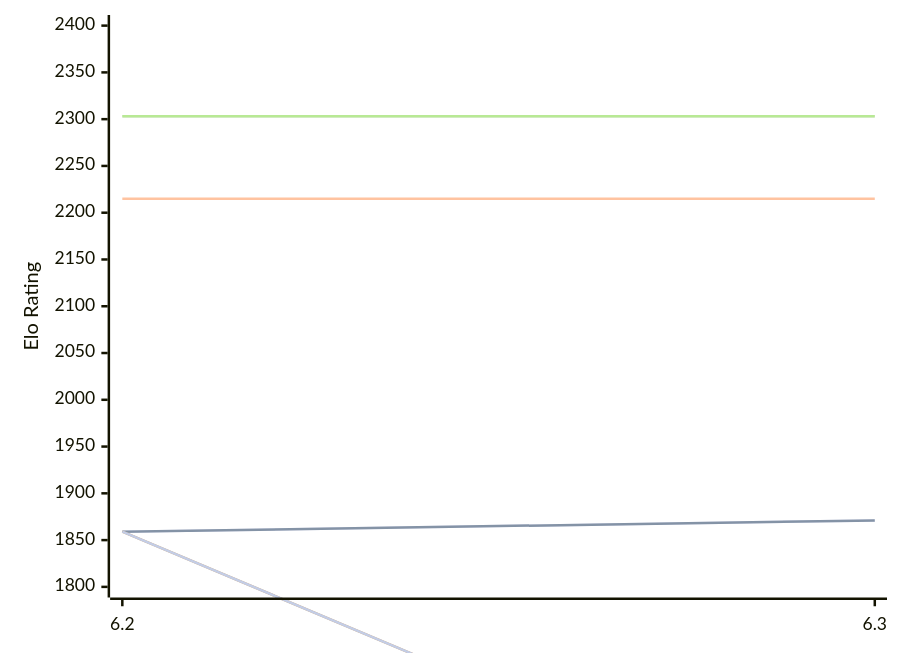
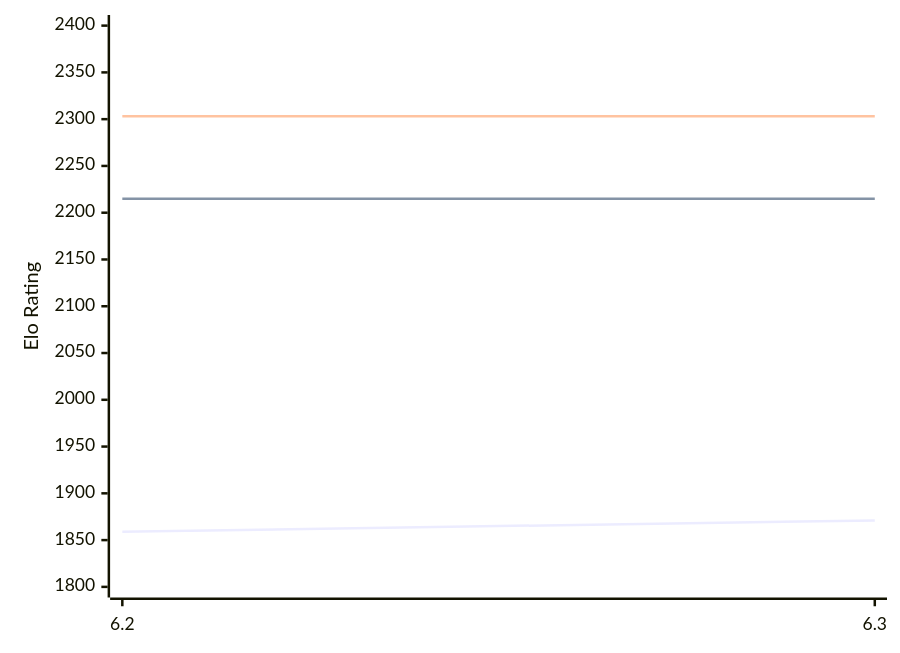
The diagram in engines/chess4j.md (computer-chess-index/cci), drawn with Mermaid before and after one commit. The commit also changed other lines of this file, not shown here.

````diff
--- a/engines/chess4j.md
+++ b/engines/chess4j.md
@@ -48,13 +48,9 @@
 ```mermaid
 %%{init: {"theme":"base","themeVariables":{"seriesColors:['#a3a3a3','#222221','#faa371']}}}%%
 xychart-beta
   x-axis ["6.2", "6.3"]
   y-axis "Elo Rating" 1800 --> 2400
-  line "" [1859, 1871]
   line "T1: STC (8.0+0.08s)" [1859, 1871]
   line "T1: LTC (60.0+0.60s)" [2215, 2215]
-  line "" [2303, 2303]
   line "T1: VLTC (2m24s+1.12s)" [2303, 2303]
-  line "" [1859,1520]
-  line "E1: STC (8.0+0.08s)" [1859,1520]
 ```
````
